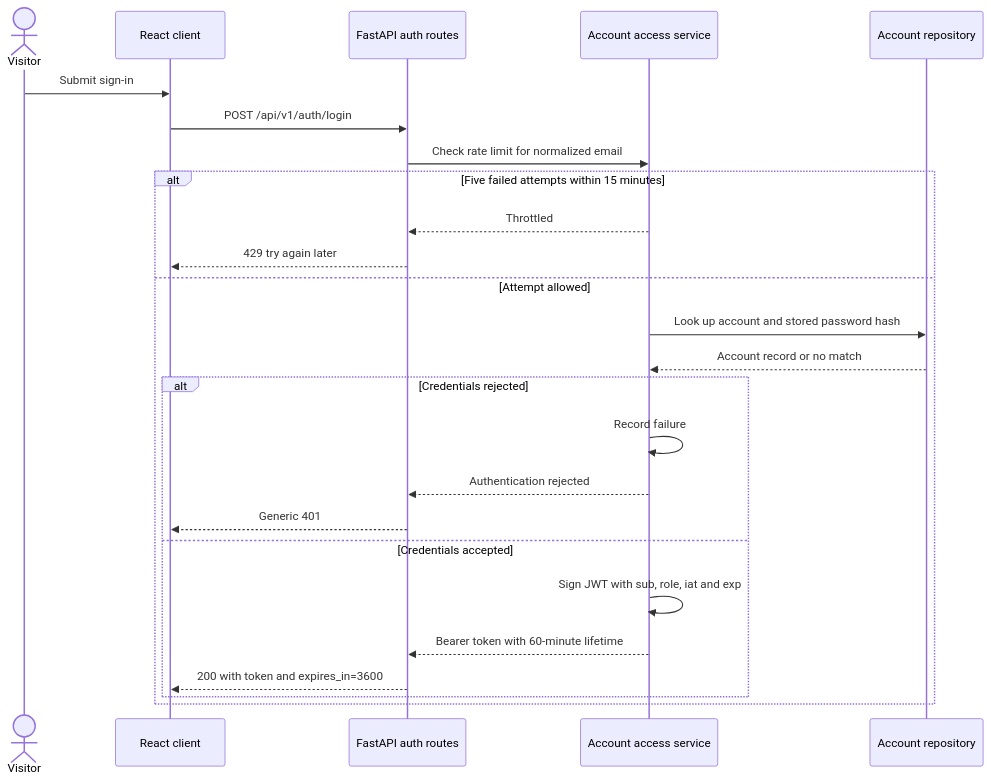
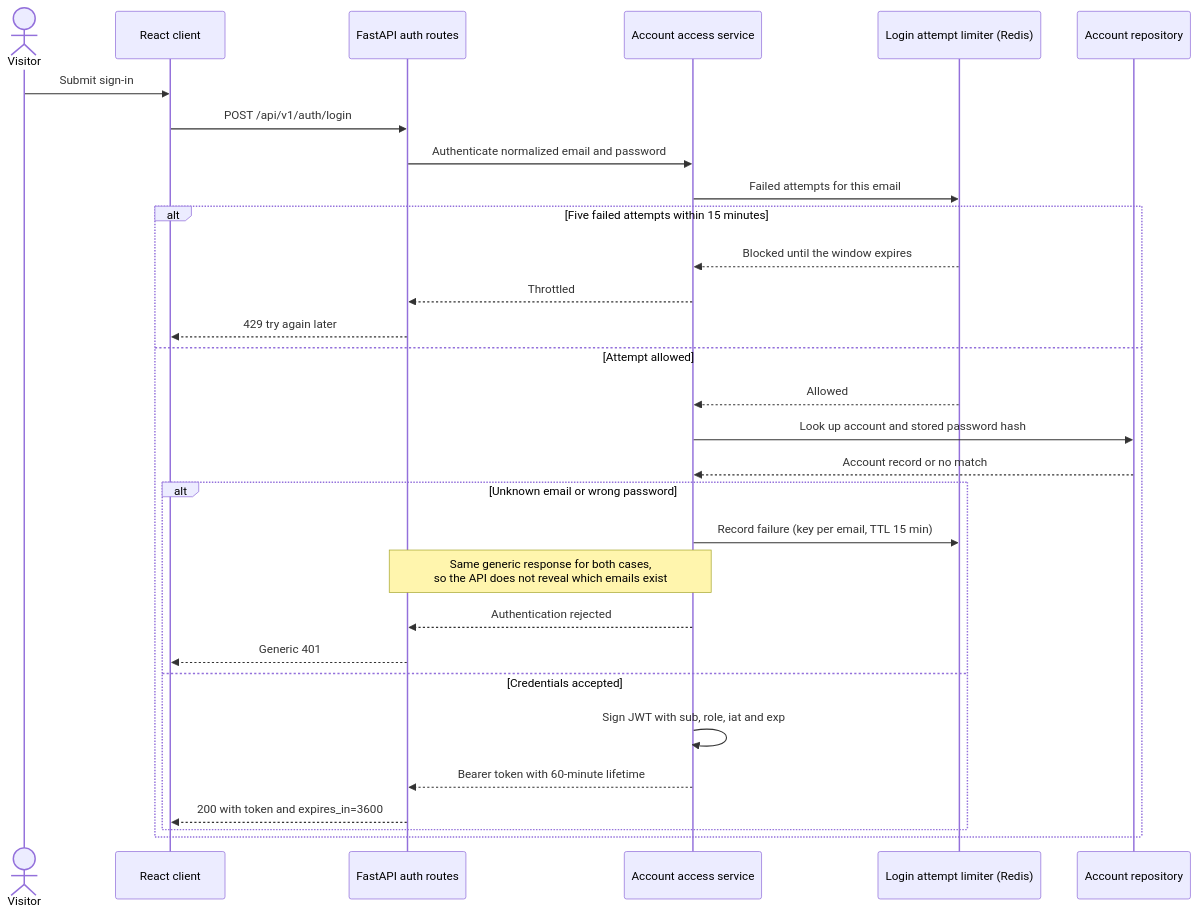
The second of 4 diagrams in docs/design/sequence/sign-in.md (akcedia/SmartLoo), drawn with Mermaid before and after one commit. The commit also changed other lines of this file and 4 other files, not shown here.

First line of the commit message:
docs(design): complete FR-08 sign-in flows and review ownership 403 (#38)

````diff
--- a/docs/design/sequence/sign-in.md
+++ b/docs/design/sequence/sign-in.md
@@ -35,28 +37,33 @@
 ```mermaid
 sequenceDiagram
     actor Visitor
     participant UI as React client
     participant API as FastAPI auth routes
     participant Auth as Account access service
+    participant Limiter as Login attempt limiter (Redis)
     participant Accounts as Account repository
 
     Visitor->>UI: Submit sign-in
     UI->>API: POST /api/v1/auth/login
-    API->>Auth: Check rate limit for normalized email
+    API->>Auth: Authenticate normalized email and password
+    Auth->>Limiter: Failed attempts for this email
     alt Five failed attempts within 15 minutes
+        Limiter-->>Auth: Blocked until the window expires
         Auth-->>API: Throttled
         API-->>UI: 429 try again later
     else Attempt allowed
+        Limiter-->>Auth: Allowed
         Auth->>Accounts: Look up account and stored password hash
         Accounts-->>Auth: Account record or no match
-        alt Credentials rejected
-            Auth->>Auth: Record failure
+        alt Unknown email or wrong password
+            Auth->>Limiter: Record failure (key per email, TTL 15 min)
+            Note over Auth,API: Same generic response for both cases,<br/>so the API does not reveal which emails exist
             Auth-->>API: Authentication rejected
             API-->>UI: Generic 401
         else Credentials accepted
             Auth->>Auth: Sign JWT with sub, role, iat and exp
             Auth-->>API: Bearer token with 60-minute lifetime
             API-->>UI: 200 with token and expires_in=3600
         end
     end
 ```
````
